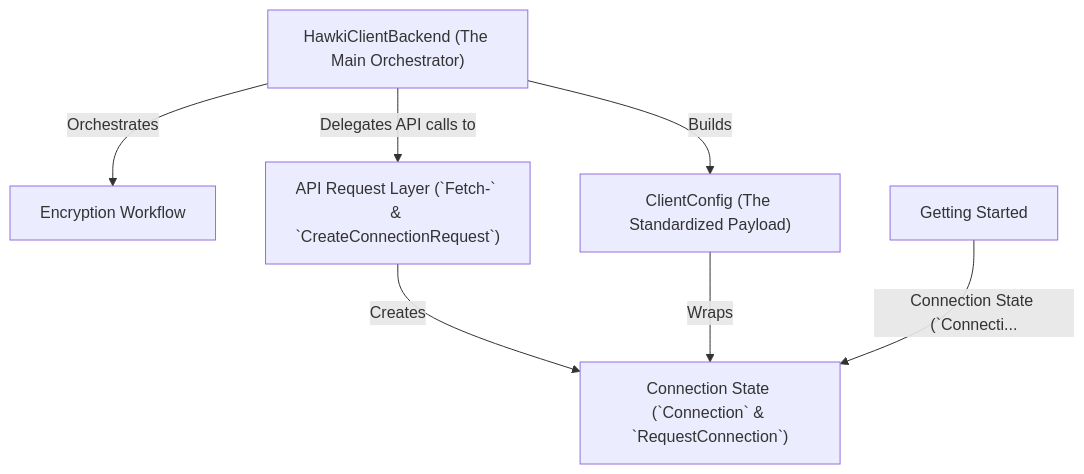
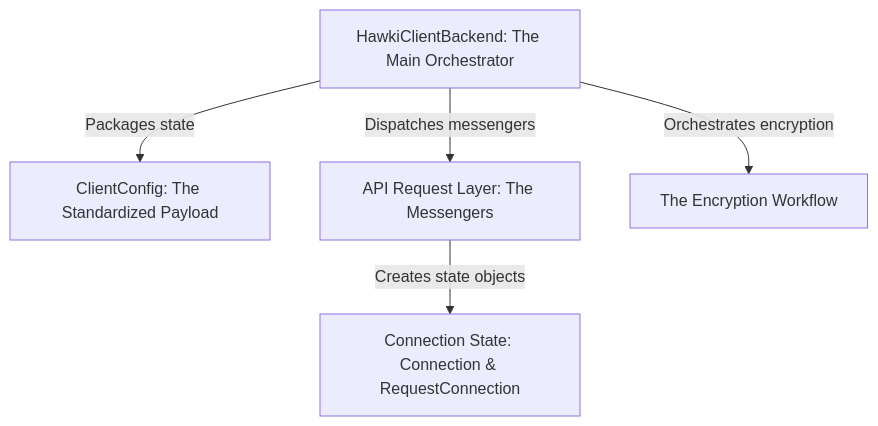
One commit to hawk-digital-environments/hawki-client-backend-php changed the diagram in docs/index.md. Above: the diagram before and after it, drawn with Mermaid. The commit also changed other lines of this file and 16 other files, not shown here.

````diff
--- a/docs/index.md
+++ b/docs/index.md
@@ -8,15 +11,12 @@
 ```mermaid
 flowchart TD
-    A0["HawkiClientBackend (The Main Orchestrator)"]
-    A1["Encryption Workflow"]
-    A2["Connection State (`Connection` & `RequestConnection`)"]
-    A3["ClientConfig (The Standardized Payload)"]
-    A4["API Request Layer (`Fetch-` & `CreateConnectionRequest`)"]
-    A5["Getting Started"]
-    A0 -- " Orchestrates " --> A1
-    A0 -- " Delegates API calls to " --> A4
-    A4 -- " Creates " --> A2
-    A0 -- " Builds " --> A3
-    A3 -- " Wraps " --> A2
-    A5 -- " Connection State (`Connecti... " --> A2
+    A0["HawkiClientBackend: The Main Orchestrator"]
+    A1["Connection State: Connection & RequestConnection"]
+    A2["ClientConfig: The Standardized Payload"]
+    A3["API Request Layer: The Messengers"]
+    A4["The Encryption Workflow"]
+    A0 -- " Dispatches messengers " --> A3
+    A3 -- " Creates state objects " --> A1
+    A0 -- " Packages state " --> A2
+    A0 -- " Orchestrates encryption " --> A4
 ```
````
